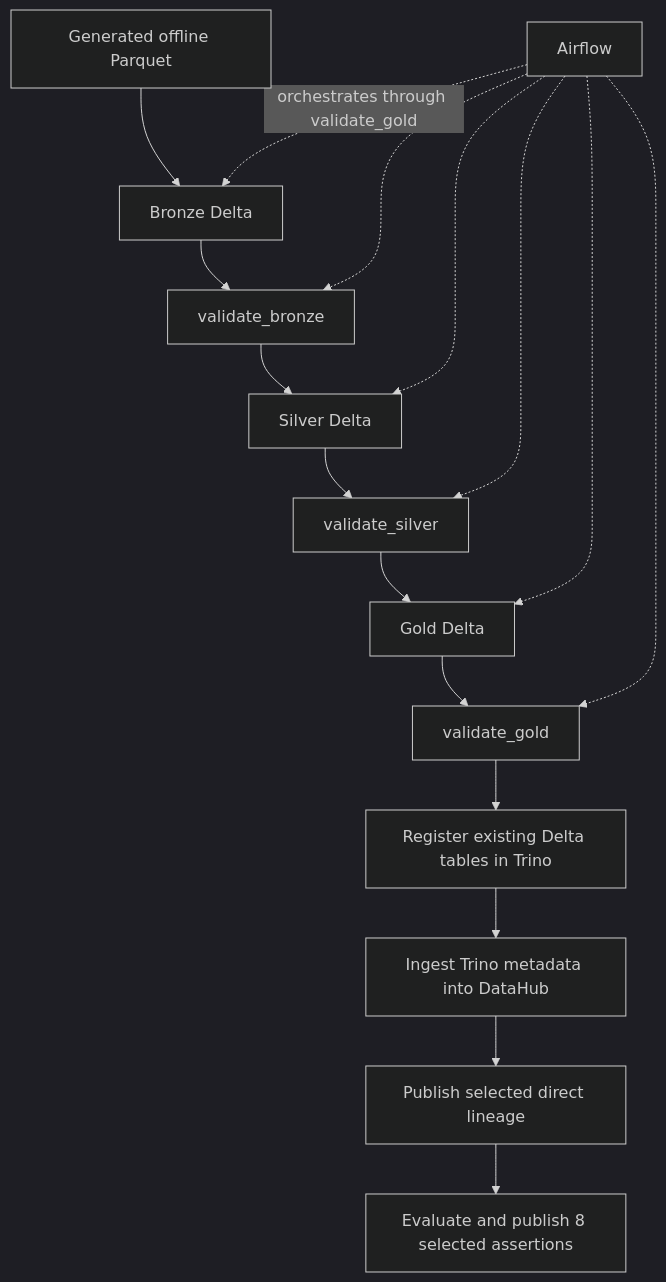
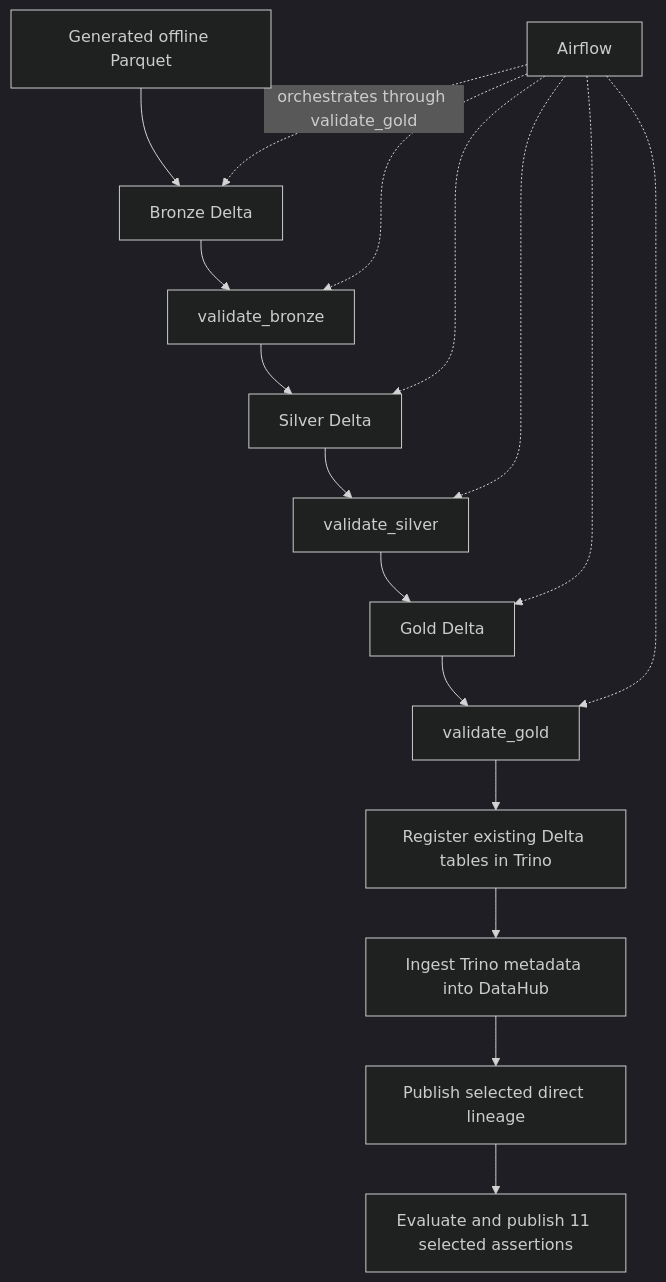
The second of 2 diagrams in docs/00_system_architecture.md (HuyyGiaa/ewallet-data-ai-platform), drawn with Mermaid (dark theme) before and after one commit. The commit also changed other lines of this file and 10 other files, not shown here.

````diff
--- a/docs/00_system_architecture.md
+++ b/docs/00_system_architecture.md
@@ -91,20 +91,20 @@
 ```mermaid
 flowchart TD
     RAW["Generated offline Parquet"] --> BR["Bronze Delta"]
     BR --> VB["validate_bronze"]
     VB --> SI["Silver Delta"]
     SI --> VS["validate_silver"]
     VS --> GO["Gold Delta"]
     GO --> VG["validate_gold"]
     VG --> REG["Register existing Delta tables in Trino"]
     REG --> INGEST["Ingest Trino metadata into DataHub"]
     INGEST --> LIN["Publish selected direct lineage"]
-    LIN --> ASSERT["Evaluate and publish 8 selected assertions"]
+    LIN --> ASSERT["Evaluate and publish 11 selected assertions"]
 
     AIRFLOW["Airflow"] -.orchestrates through validate_gold.-> BR
     AIRFLOW -.-> VB
     AIRFLOW -.-> SI
     AIRFLOW -.-> VS
     AIRFLOW -.-> GO
     AIRFLOW -.-> VG
 ```
````
